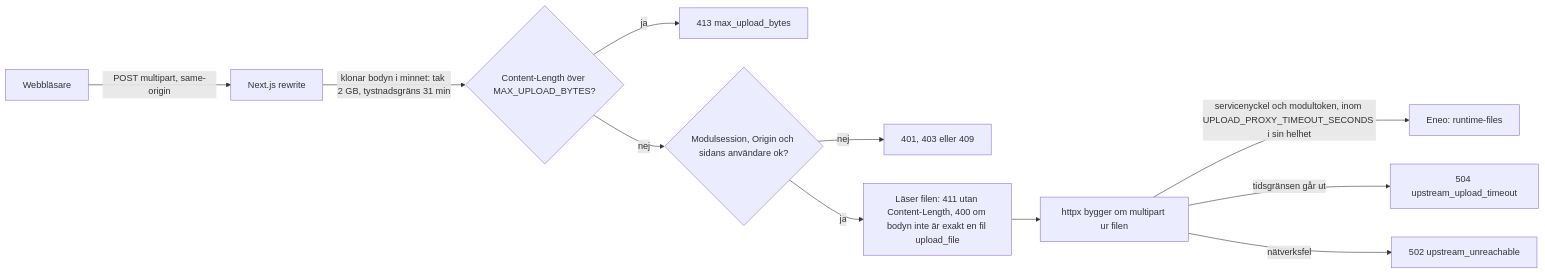
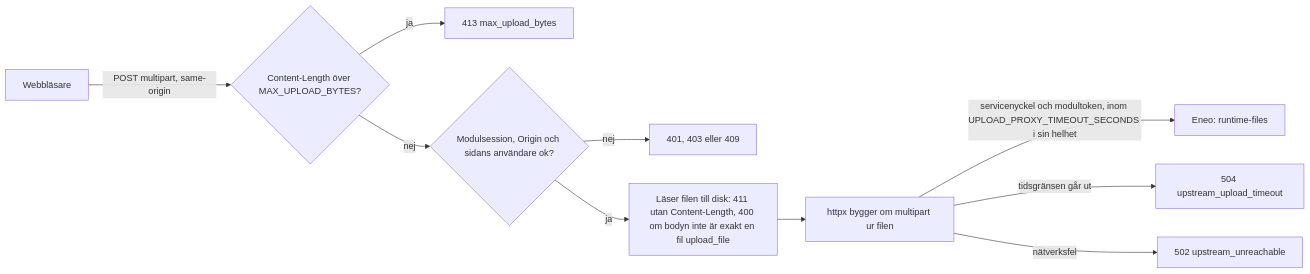
Before and after one commit to eneo-ai/eneo-mod-speech-to-text: the fourth of 8 diagrams in docs/architecture.md, drawn with Mermaid. The commit also changed other lines of this file and 14 other files, not shown here.

````diff
--- a/docs/architecture.md
+++ b/docs/architecture.md
@@ -118,13 +102,12 @@
 ```mermaid
 flowchart LR
-    b["Webbläsare"] -->|"POST multipart, same-origin"| n["Next.js rewrite"]
-    n -->|"klonar bodyn i minnet: tak 2 GB, tystnadsgräns 31 min"| mw{"Content-Length över MAX_UPLOAD_BYTES?"}
+    b["Webbläsare"] -->|"POST multipart, same-origin"| mw{"Content-Length över MAX_UPLOAD_BYTES?"}
     mw -->|"ja"| e413["413 max_upload_bytes"]
     mw -->|"nej"| chk{"Modulsession, Origin och sidans användare ok?"}
     chk -->|"nej"| e4["401, 403 eller 409"]
-    chk -->|"ja"| rd["Läser filen: 411 utan Content-Length, 400 om bodyn inte är exakt en fil upload_file"]
+    chk -->|"ja"| rd["Läser filen till disk: 411 utan Content-Length, 400 om bodyn inte är exakt en fil upload_file"]
     rd --> p["httpx bygger om multipart ur filen"]
     p -->|"servicenyckel och modultoken, inom UPLOAD_PROXY_TIMEOUT_SECONDS i sin helhet"| eneo["Eneo: runtime-files"]
     p -->|"tidsgränsen går ut"| t["504 upstream_upload_timeout"]
     p -->|"nätverksfel"| u["502 upstream_unreachable"]
 ```
````
